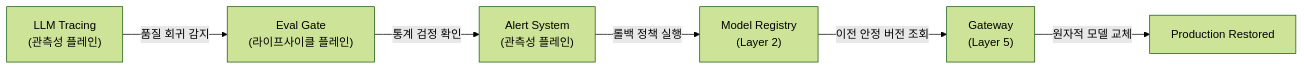
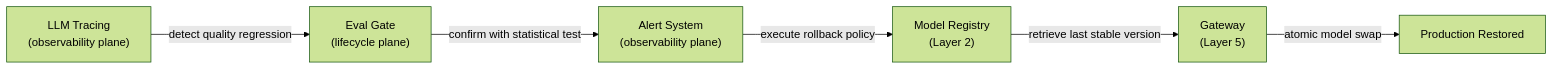
The seventh of 10 diagrams in docs/agentic-ai-platform/design-architecture/foundations/agentic-platform-architecture.md (devfloor9/engineering-playbook), drawn with Mermaid (forest theme) before and after one commit. The commit also changed other lines of this file and 954 other files, not shown here.

````diff
--- a/docs/agentic-ai-platform/design-architecture/foundations/agentic-platform-architecture.md
+++ b/docs/agentic-ai-platform/design-architecture/foundations/agentic-platform-architecture.md
@@ -579,8 +576,8 @@
 ```mermaid
 graph LR
-    A["LLM Tracing<br/>(관측성 플레인)"] -->|품질 회귀 감지| B["Eval Gate<br/>(라이프사이클 플레인)"]
-    B -->|통계 검정 확인| C["Alert System<br/>(관측성 플레인)"]
-    C -->|롤백 정책 실행| D["Model Registry<br/>(Layer 2)"]
-    D -->|이전 안정 버전 조회| E["Gateway<br/>(Layer 5)"]
-    E -->|원자적 모델 교체| F["Production Restored"]
+    A["LLM Tracing<br/>(observability plane)"] -->|detect quality regression| B["Eval Gate<br/>(lifecycle plane)"]
+    B -->|confirm with statistical test| C["Alert System<br/>(observability plane)"]
+    C -->|execute rollback policy| D["Model Registry<br/>(Layer 2)"]
+    D -->|retrieve last stable version| E["Gateway<br/>(Layer 5)"]
+    E -->|atomic model swap| F["Production Restored"]
 ```
````
